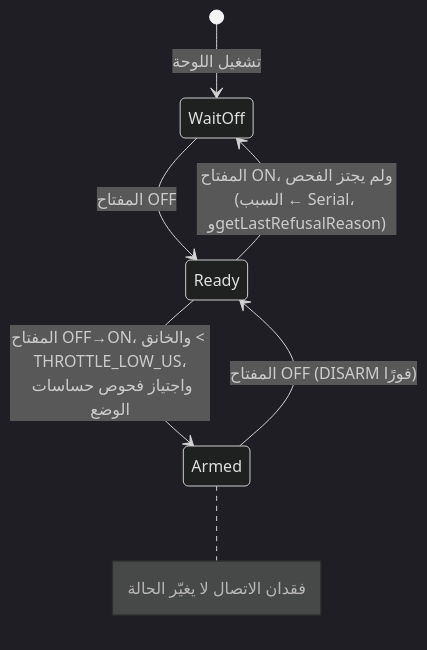
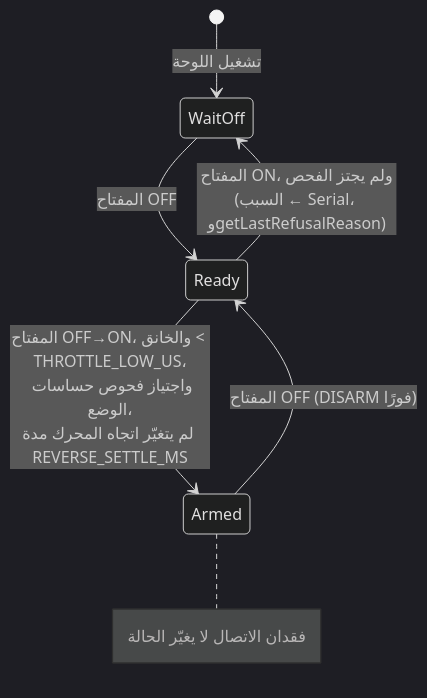
One commit to damir-lebedev/OpenPlaneProject changed the seventh of 11 diagrams in docs/i18n/ar/ARCHITECTURE.md. Above: the diagram before and after it, drawn with Mermaid (dark theme). The commit also changed other lines of this file and 166 other files, not shown here.

````diff
--- a/docs/i18n/ar/ARCHITECTURE.md
+++ b/docs/i18n/ar/ARCHITECTURE.md
@@ -439,9 +445,9 @@
 ```mermaid
 stateDiagram-v2
     [*] --> WaitOff : تشغيل اللوحة
     WaitOff --> Ready : المفتاح OFF
-    Ready --> Armed : المفتاح OFF→ON، والخانق < THROTTLE_LOW_US،<br/>واجتياز فحوص حساسات الوضع
+    Ready --> Armed : المفتاح OFF→ON، والخانق < THROTTLE_LOW_US،<br/>واجتياز فحوص حساسات الوضع،<br/>لم يتغيّر اتجاه المحرك مدة REVERSE_SETTLE_MS
     Ready --> WaitOff : المفتاح ON، ولم يجتز الفحص<br/>(السبب ← Serial، وgetLastRefusalReason)
     Armed --> Ready : المفتاح OFF (DISARM فورًا)
     note right of Armed : فقدان الاتصال لا يغيّر الحالة
 ```
````
